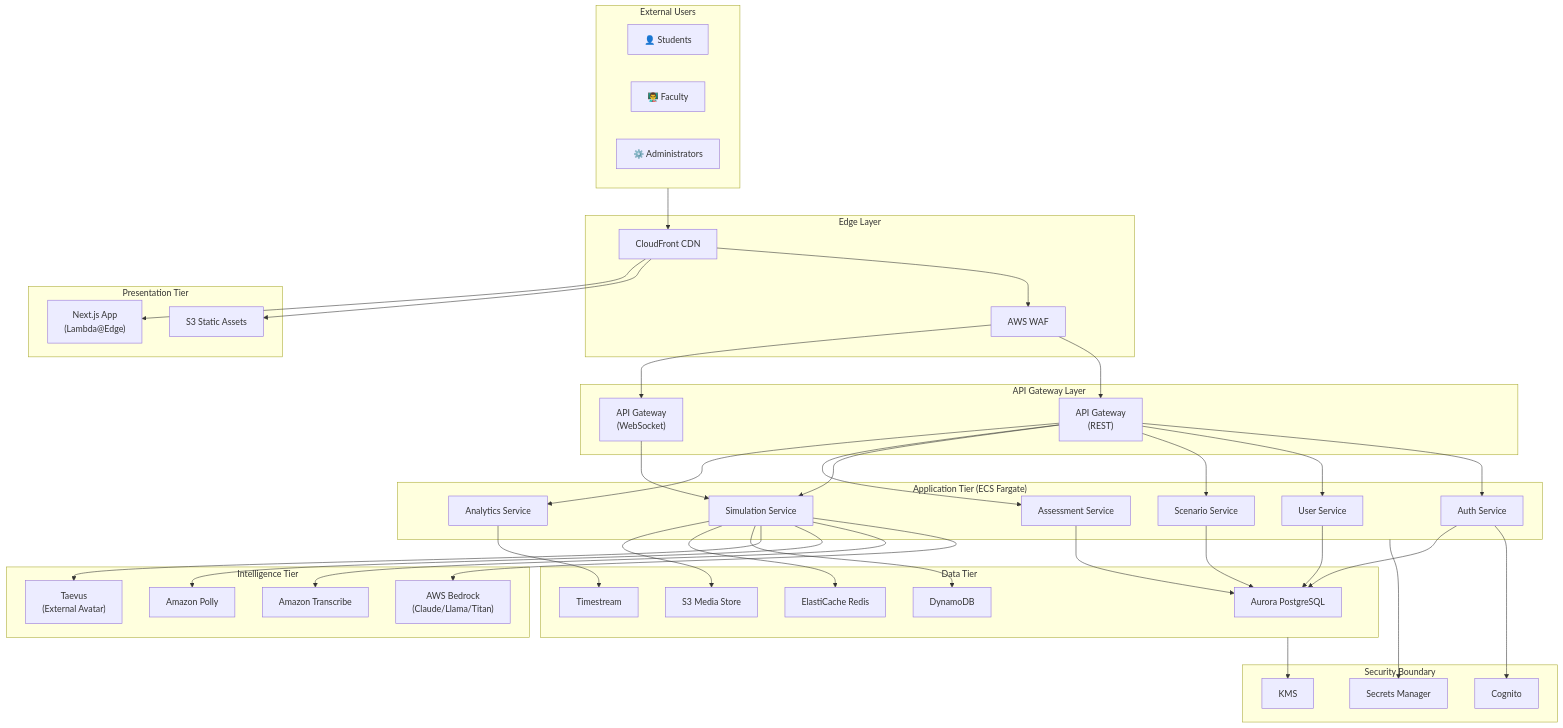
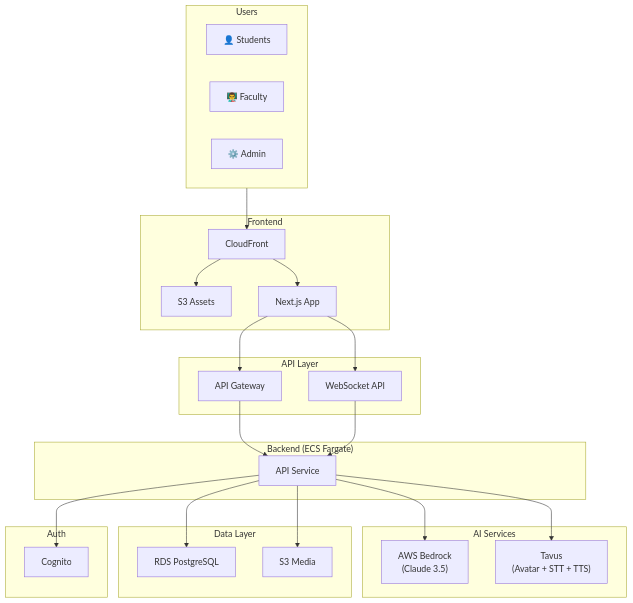
The diagram in docs/USC_AI_Platform_Architecture_v2.md (shkhan-caresync/usc-ai-learning-platform), drawn with Mermaid before and after one commit. The commit also changed other lines of this file, not shown here.

````diff
--- a/docs/USC_AI_Platform_Architecture_v2.md
+++ b/docs/USC_AI_Platform_Architecture_v2.md
@@ -691,89 +530,53 @@
 ```mermaid
 flowchart TB
-    subgraph Users["External Users"]
+    subgraph Users["Users"]
         Student["👤 Students"]
         Faculty["👨‍🏫 Faculty"]
-        Admin["⚙️ Administrators"]
+        Admin["⚙️ Admin"]
     end
 
-    subgraph Edge["Edge Layer"]
-        CF["CloudFront CDN"]
-        WAF["AWS WAF"]
+    subgraph Frontend["Frontend"]
+        CF["CloudFront"]
+        S3Static["S3 Assets"]
+        NextJS["Next.js App"]
     end
 
-    subgraph Frontend["Presentation Tier"]
-        S3["S3 Static Assets"]
-        NextJS["Next.js App\n(Lambda@Edge)"]
+    subgraph API["API Layer"]
+        APIGW["API Gateway"]
+        WSAPI["WebSocket API"]
     end
 
-    subgraph Gateway["API Gateway Layer"]
-        APIGW["API Gateway\n(REST)"]
-        WSAPI["API Gateway\n(WebSocket)"]
+    subgraph Backend["Backend (ECS Fargate)"]
+        APISvc["API Service"]
     end
 
-    subgraph Compute["Application Tier (ECS Fargate)"]
-        Auth["Auth Service"]
-        UserSvc["User Service"]
-        ScenarioSvc["Scenario Service"]
-        SimSvc["Simulation Service"]
-        AssessSvc["Assessment Service"]
-        AnalyticsSvc["Analytics Service"]
+    subgraph AI["AI Services"]
+        Bedrock["AWS Bedrock\n(Claude 3.5)"]
+        Tavus["Tavus\n(Avatar + STT + TTS)"]
     end
 
-    subgraph AI["Intelligence Tier"]
-        Bedrock["AWS Bedrock\n(Claude/Llama/Titan)"]
-        Transcribe["Amazon Transcribe"]
-        Polly["Amazon Polly"]
-        Taevus["Taevus\n(External Avatar)"]
+    subgraph Data["Data Layer"]
+        RDS["RDS PostgreSQL"]
+        S3Media["S3 Media"]
     end
 
-    subgraph Data["Data Tier"]
-        Aurora["Aurora PostgreSQL"]
-        DynamoDB["DynamoDB"]
-        S3Media["S3 Media Store"]
-        Timestream["Timestream"]
-        Redis["ElastiCache Redis"]
-    end
-
-    subgraph Security["Security Boundary"]
+    subgraph Auth["Auth"]
         Cognito["Cognito"]
-        Secrets["Secrets Manager"]
-        KMS["KMS"]
     end
 
     Users --> CF
-    CF --> WAF
-    WAF --> APIGW
-    WAF --> WSAPI
-    CF --> S3
+    CF --> S3Static
     CF --> NextJS
-
-    APIGW --> Auth
-    APIGW --> UserSvc
-    APIGW --> ScenarioSvc
-    APIGW --> SimSvc
-    APIGW --> AssessSvc
-    APIGW --> AnalyticsSvc
-
-    WSAPI --> SimSvc
-
-    Auth --> Cognito
-    SimSvc --> Bedrock
-    SimSvc --> Transcribe
-    SimSvc --> Polly
-    SimSvc --> Taevus
-
-    Auth --> Aurora
-    UserSvc --> Aurora
-    ScenarioSvc --> Aurora
-    AssessSvc --> Aurora
-
-    SimSvc --> DynamoDB
-    SimSvc --> Redis
-    SimSvc --> S3Media
-
-    AnalyticsSvc --> Timestream
-
-    Compute --> Secrets
-    Data --> KMS
+    
+    NextJS --> APIGW
+    NextJS --> WSAPI
+    
+    APIGW --> APISvc
+    WSAPI --> APISvc
+    
+    APISvc --> Cognito
+    APISvc --> Bedrock
+    APISvc --> Tavus
+    APISvc --> RDS
+    APISvc --> S3Media
 ```
````
